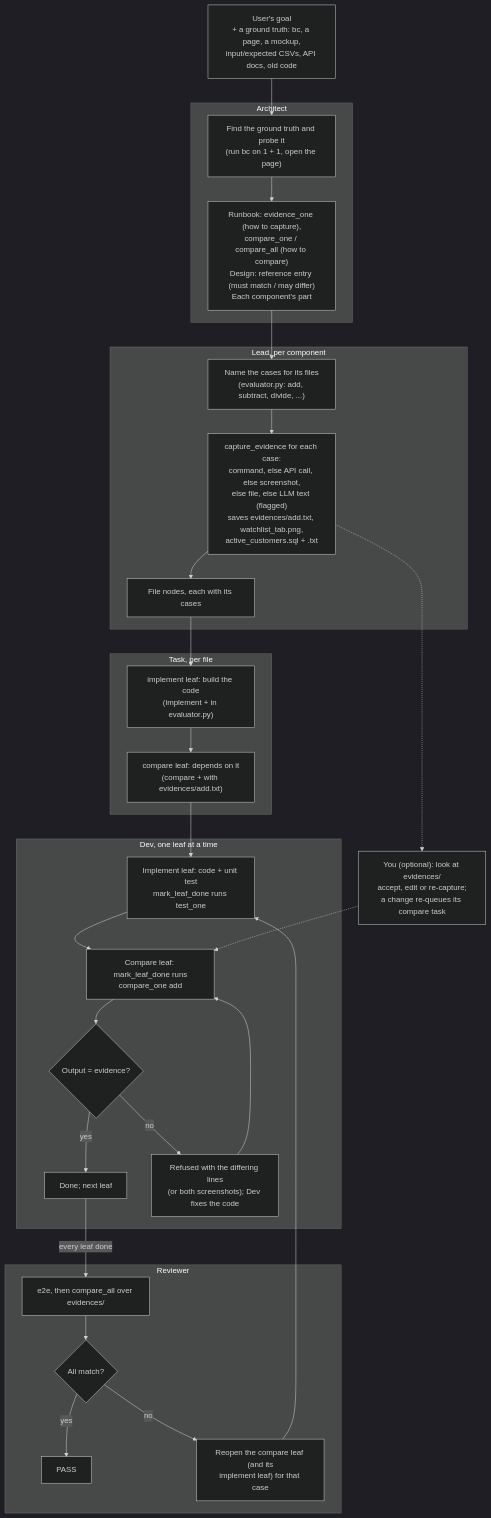
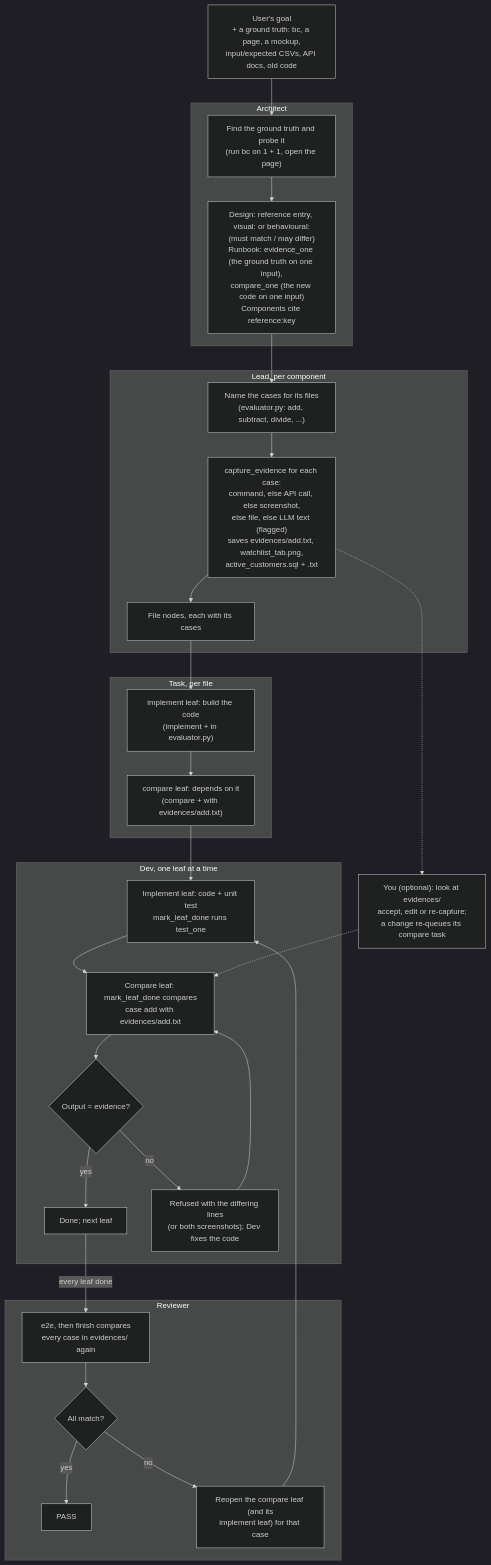
Before and after one commit to Tejasvedagiri/Just-Finish-It: the first of 2 diagrams in docs/old_new.md, drawn with Mermaid (dark theme). The commit also changed other lines of this file and 28 other files, not shown here.

First line of the commit message:
Ground-truth evidence: plan, capture and check every task against it

````diff
--- a/docs/old_new.md
+++ b/docs/old_new.md
@@ -150,46 +165,46 @@
 ```mermaid
 flowchart TD
     G["User's goal<br/>+ a ground truth: bc, a page, a mockup,<br/>input/expected CSVs, API docs, old code"]
 
     subgraph ARCH["Architect"]
         A1["Find the ground truth and probe it<br/>(run bc on 1 + 1, open the page)"]
-        A2["Runbook: evidence_one (how to capture),<br/>compare_one / compare_all (how to compare)<br/>Design: reference entry (must match / may differ)<br/>Each component's part"]
+        A2["Design: reference entry, visual: or behavioural:<br/>(must match / may differ)<br/>Runbook: evidence_one (the ground truth on one input),<br/>compare_one (the new code on one input)<br/>Components cite reference:key"]
     end
 
     subgraph LEAD["Lead, per component"]
         L1["Name the cases for its files<br/>(evaluator.py: add, subtract, divide, ...)"]
         L2["capture_evidence for each case:<br/>command, else API call, else screenshot,<br/>else file, else LLM text (flagged)<br/>saves evidences/add.txt, watchlist_tab.png,<br/>active_customers.sql + .txt"]
         L3["File nodes, each with its cases"]
     end
 
     U["You (optional): look at evidences/<br/>accept, edit or re-capture;<br/>a change re-queues its compare task"]
 
     subgraph TASK["Task, per file"]
         T1["implement leaf: build the code<br/>(implement + in evaluator.py)"]
         T2["compare leaf: depends on it<br/>(compare + with evidences/add.txt)"]
     end
 
     subgraph DEV["Dev, one leaf at a time"]
         D1["Implement leaf: code + unit test<br/>mark_leaf_done runs test_one"]
-        D2["Compare leaf: mark_leaf_done runs<br/>compare_one add"]
+        D2["Compare leaf: mark_leaf_done compares<br/>case add with evidences/add.txt"]
         DQ{"Output = evidence?"}
         DOK["Done; next leaf"]
         DFIX["Refused with the differing lines<br/>(or both screenshots); Dev fixes the code"]
     end
 
     subgraph REV["Reviewer"]
-        R1["e2e, then compare_all over evidences/"]
+        R1["e2e, then finish compares<br/>every case in evidences/ again"]
         RQ{"All match?"}
         RPASS["PASS"]
         RFIX["Reopen the compare leaf (and its<br/>implement leaf) for that case"]
     end
 
     G --> A1 --> A2 --> L1 --> L2 --> L3 --> T1 --> T2 --> D1 --> D2 --> DQ
     L2 -.-> U
     U -.-> D2
     DQ -- yes --> DOK
     DQ -- no --> DFIX --> D2
     DOK -- "every leaf done" --> R1 --> RQ
     RQ -- yes --> RPASS
     RQ -- no --> RFIX --> D1
 ```
````
